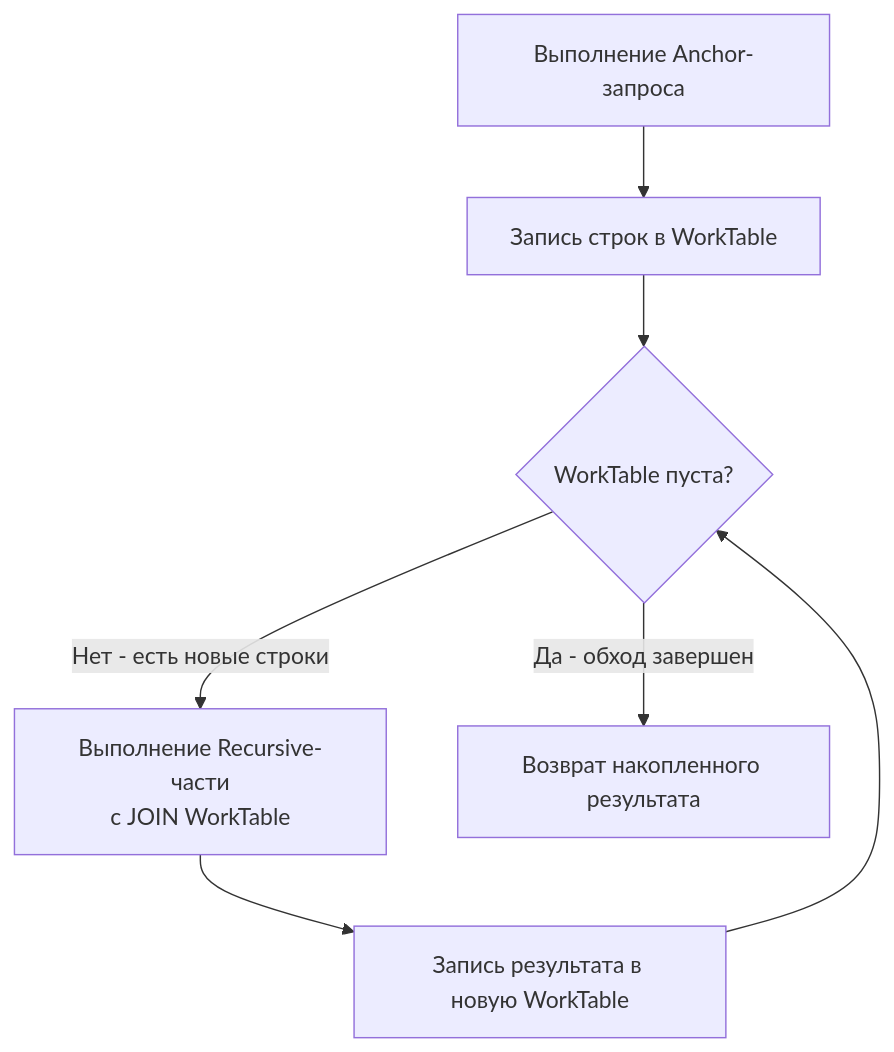
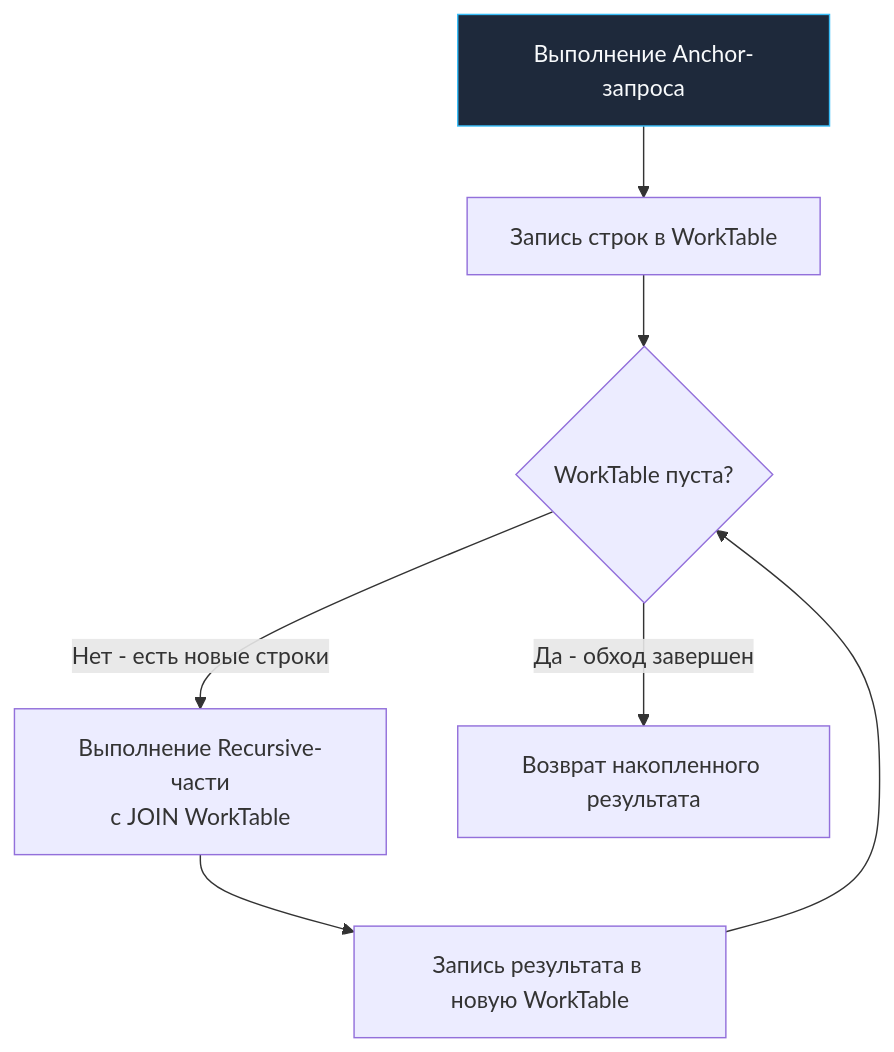
One commit to UnrealTemplier/go-textbook changed the diagram in sources/12. Базы данных/03. SQL продвинутый/2. Рекурсивные запросы.md. Above: the diagram before and after it, drawn with Mermaid. The commit also changed 1666 other files, not shown here.

First line of the commit message:
feat(mermaid): add semantic color classDef to 1369 colorless flowchart/graph diagrams

````diff
--- a/sources/12. Базы данных/03. SQL продвинутый/2. Рекурсивные запросы.md
+++ b/sources/12. Базы данных/03. SQL продвинутый/2. Рекурсивные запросы.md
@@ -51,9 +51,19 @@
 ```mermaid
 flowchart TD
-    A["Выполнение Anchor-запроса"] --> B["Запись строк в WorkTable"]
+    classDef process  fill:#1e293b,stroke:#38bdf8,stroke-width:1px,color:#f8fafc
+    classDef success  fill:#064e3b,stroke:#34d399,stroke-width:1px,color:#f8fafc
+    classDef error    fill:#7f1d1d,stroke:#f87171,stroke-width:1px,color:#f8fafc
+    classDef warning  fill:#78350f,stroke:#fbbf24,stroke-width:1px,color:#f8fafc
+    classDef entry    fill:#1e3a5f,stroke:#38bdf8,stroke-width:2px,color:#f8fafc
+    classDef aux      fill:#334155,stroke:#64748b,stroke-width:1px,color:#f8fafc
+    classDef system   fill:#312e81,stroke:#a78bfa,stroke-width:1px,color:#f8fafc
+    classDef data     fill:#132d29,stroke:#2dd4bf,stroke-width:1px,color:#f8fafc
+    classDef network  fill:#881337,stroke:#fb7185,stroke-width:1px,color:#f8fafc
+    classDef accent   fill:#1e1b4b,stroke:#818cf8,stroke-width:1px,color:#f8fafc
+    A["Выполнение Anchor-запроса"]:::process --> B["Запись строк в WorkTable"]
     B --> C{"WorkTable пуста?"}
     C -- "Нет - есть новые строки" --> D["Выполнение Recursive-части<br>с JOIN WorkTable"]
     D --> E["Запись результата в новую WorkTable"]
     E --> C
     C -- "Да - обход завершен" --> F["Возврат накопленного результата"]
 ```
````
